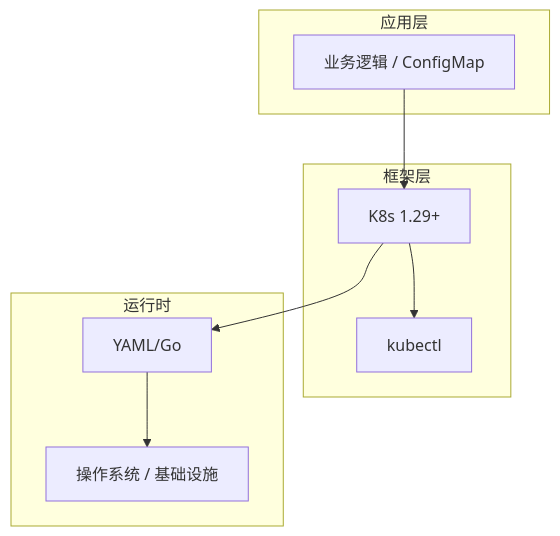
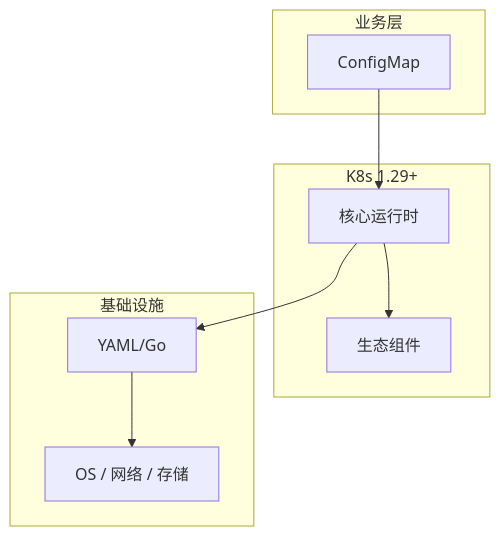
One commit to yanggan2015/knowledge-json-v2 changed the diagram in articles/Kubernetes/chapters/049-ConfigMap核心概念与原理.md. Above: the diagram before and after it, drawn with Mermaid. The commit also changed other lines of this file and 10127 other files, not shown here.

````diff
--- a/articles/Kubernetes/chapters/049-ConfigMap核心概念与原理.md
+++ b/articles/Kubernetes/chapters/049-ConfigMap核心概念与原理.md
@@ -45,18 +34,18 @@
 ```mermaid
 graph TB
-    subgraph 应用层
-        A[业务逻辑 / ConfigMap]
+    subgraph 业务层
+        A[ConfigMap]
     end
-    subgraph 框架层
-        B[K8s 1.29+]
-        C[kubectl]
+    subgraph K8s 1.29+
+        B[核心运行时]
+        C[生态组件]
     end
-    subgraph 运行时
+    subgraph 基础设施
         D[YAML/Go]
-        E[操作系统 / 基础设施]
+        E[OS / 网络 / 存储]
     end
     A --> B
     B --> C
     B --> D
     D --> E
 ```
````
